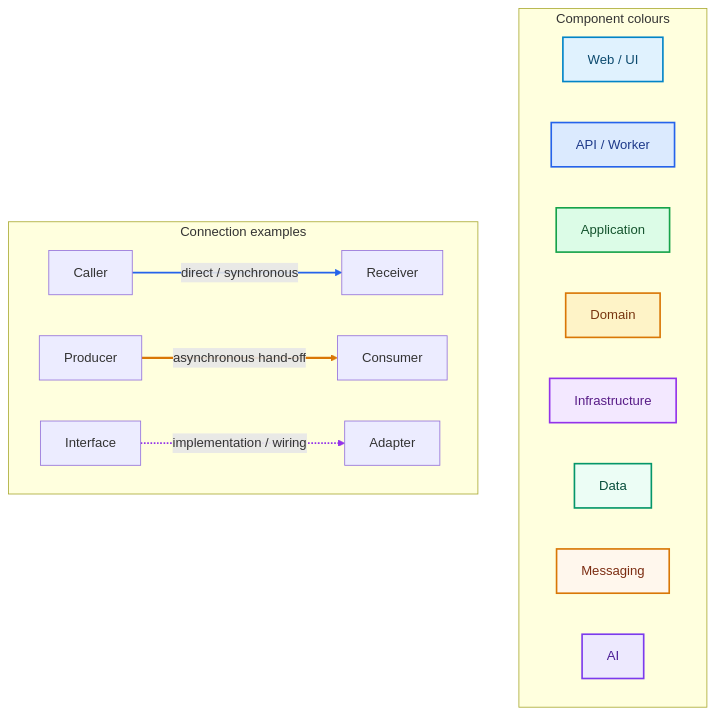
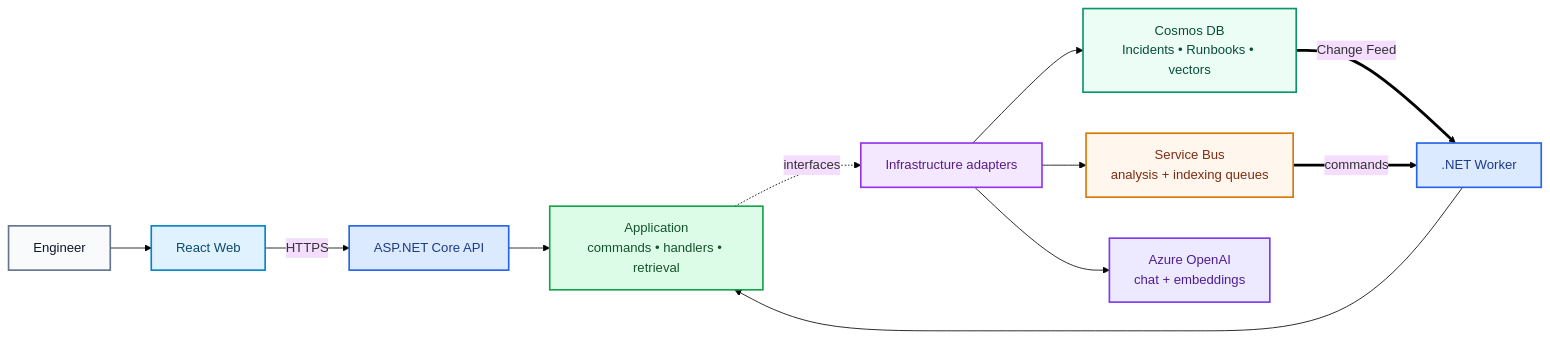
Before and after one commit to danielmusselwhite/IncidentIQ: the diagram in ReadMe.md, drawn with Mermaid. The commit also changed other lines of this file and 20 other files, not shown here.

````diff
--- a/ReadMe.md
+++ b/ReadMe.md
@@ -37,34 +38,27 @@
 ```mermaid
-flowchart TB
-    subgraph Components["Component colours"]
-        direction LR
-        UI["Web / UI"]:::web
-        HOST["API / Worker"]:::host
-        APP["Application"]:::application
-        DOMAIN["Domain"]:::domain
-        INFRA["Infrastructure"]:::infra
-        DATA["Data"]:::data
-        MSG["Messaging"]:::messaging
-        AI["AI"]:::ai
-    end
+%%{init: {"theme":"base","themeVariables":{"background":"#ffffff"}} }%%
+flowchart LR
+    User["Engineer"]:::user --> Web["React Web"]:::web
+    Web -->|"HTTPS"| API["ASP.NET Core API"]:::host
 
-    subgraph Connections["Connection examples"]
-        direction LR
-        S1["Caller"] -->|"direct / synchronous"| S2["Receiver"]
-        A1["Producer"] ==>|"asynchronous hand-off"| A2["Consumer"]
-        W1["Interface"] -. "implementation / wiring" .-> W2["Adapter"]
-    end
+    API --> App["Application<br/>commands • handlers • retrieval"]:::app
+    Worker[".NET Worker"]:::host --> App
 
+    App -. "interfaces" .-> Infra["Infrastructure adapters"]:::infra
+
+    Infra --> Cosmos["Cosmos DB<br/>Incidents • Runbooks • vectors"]:::data
+    Infra --> Bus["Service Bus<br/>analysis + indexing queues"]:::msg
+    Infra --> AI["Azure OpenAI<br/>chat + embeddings"]:::ai
+
+    Cosmos ==>|"Change Feed"| Worker
+    Bus ==>|"commands"| Worker
+
+    classDef user fill:#f8fafc,stroke:#64748b,color:#0f172a,stroke-width:2px;
     classDef web fill:#e0f2fe,stroke:#0284c7,color:#0c4a6e,stroke-width:2px;
     classDef host fill:#dbeafe,stroke:#2563eb,color:#1e3a8a,stroke-width:2px;
-    classDef application fill:#dcfce7,stroke:#16a34a,color:#14532d,stroke-width:2px;
-    classDef domain fill:#fef3c7,stroke:#d97706,color:#78350f,stroke-width:2px;
+    classDef app fill:#dcfce7,stroke:#16a34a,color:#14532d,stroke-width:2px;
     classDef infra fill:#f3e8ff,stroke:#9333ea,color:#581c87,stroke-width:2px;
     classDef data fill:#ecfdf5,stroke:#059669,color:#064e3b,stroke-width:2px;
-    classDef messaging fill:#fff7ed,stroke:#d97706,color:#7c2d12,stroke-width:2px;
+    classDef msg fill:#fff7ed,stroke:#d97706,color:#7c2d12,stroke-width:2px;
     classDef ai fill:#ede9fe,stroke:#7c3aed,color:#4c1d95,stroke-width:2px;
-
-    linkStyle 0 stroke:#2563eb,stroke-width:2px;
-    linkStyle 1 stroke:#d97706,stroke-width:3px;
-    linkStyle 2 stroke:#9333ea,stroke-width:2px;
 ```
````
